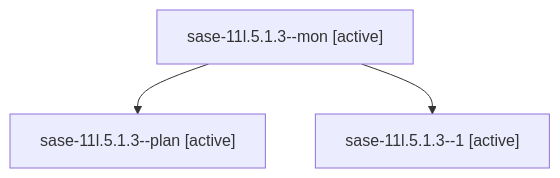
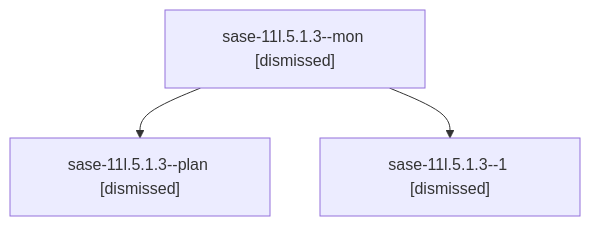
Before and after one commit to sase-org/sase--agents: the diagram in sessions/bbugyi200.athena.sase-11l.5.1.3.md, drawn with Mermaid. The commit also changed other lines of this file and 204 other files, not shown here.

````diff
--- a/sessions/bbugyi200.athena.sase-11l.5.1.3.md
+++ b/sessions/bbugyi200.athena.sase-11l.5.1.3.md
@@ -9,8 +9,8 @@
 ```mermaid
 flowchart TD
-  n0["sase-11l.5.1.3--mon [active]"]
-  n1["sase-11l.5.1.3--plan [active]"]
+  n0["sase-11l.5.1.3--mon [dismissed]"]
+  n1["sase-11l.5.1.3--plan [dismissed]"]
   n0 --> n1
-  n2["sase-11l.5.1.3--1 [active]"]
+  n2["sase-11l.5.1.3--1 [dismissed]"]
   n0 --> n2
 ```
````
